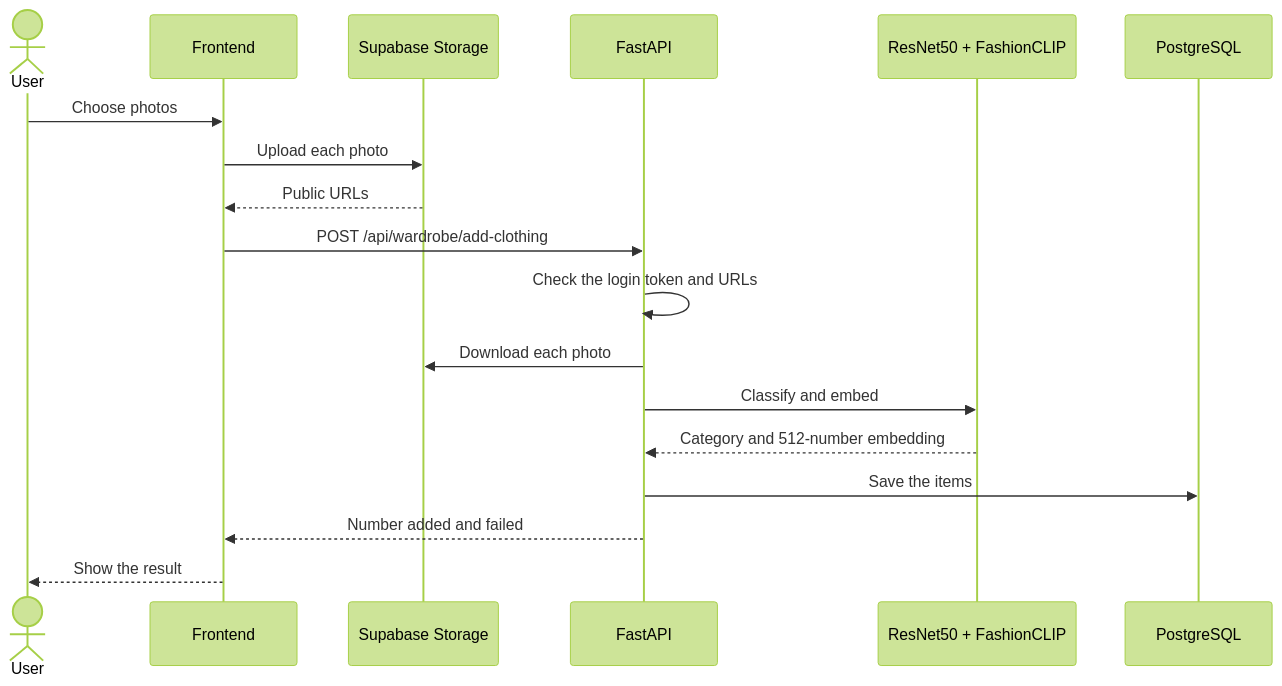
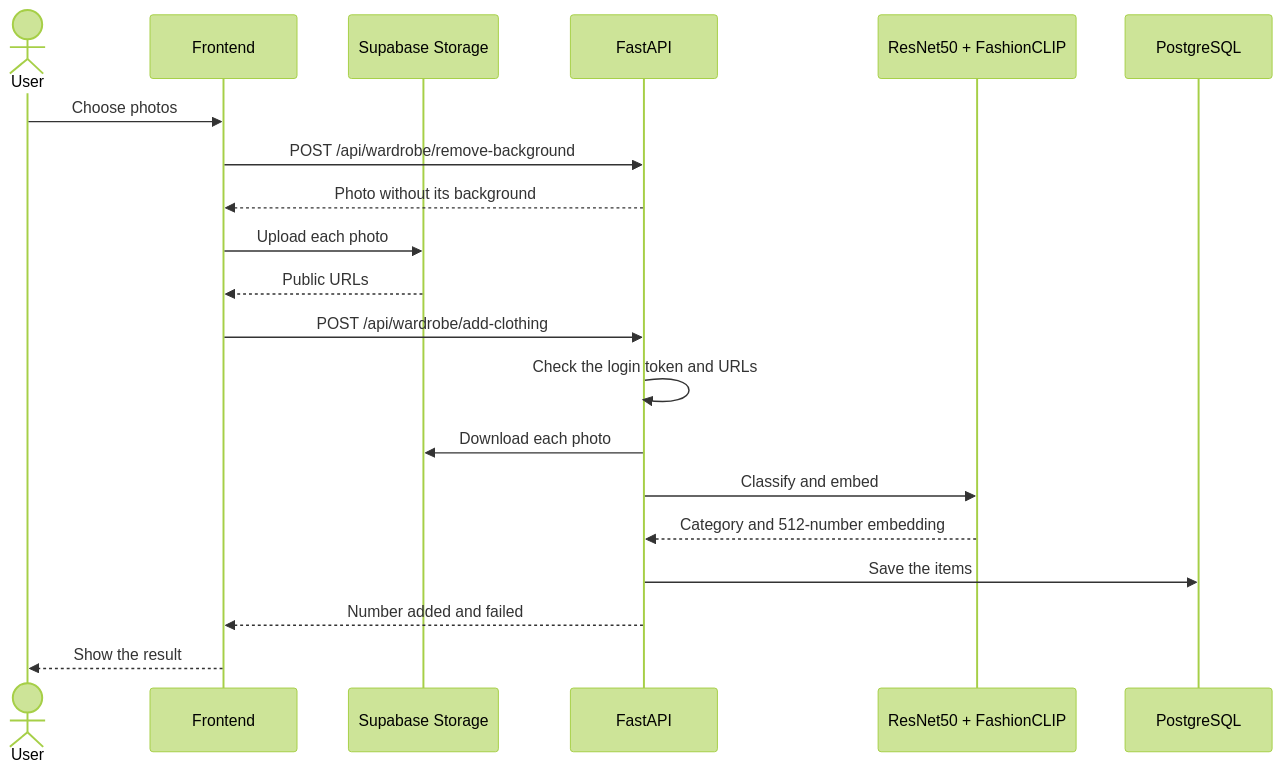
The second of 5 diagrams in README.md (nithinskumar866/style-matrix), drawn with Mermaid (forest theme) before and after one commit. The commit also changed other lines of this file and 7 other files, not shown here.

````diff
--- a/README.md
+++ b/README.md
@@ -116,21 +131,23 @@
 ```mermaid
 sequenceDiagram
     actor User
     participant FE as Frontend
     participant S as Supabase Storage
     participant API as FastAPI
     participant AI as ResNet50 + FashionCLIP
     participant DB as PostgreSQL
 
     User->>FE: Choose photos
+    FE->>API: POST /api/wardrobe/remove-background
+    API-->>FE: Photo without its background
     FE->>S: Upload each photo
     S-->>FE: Public URLs
     FE->>API: POST /api/wardrobe/add-clothing
     API->>API: Check the login token and URLs
     API->>S: Download each photo
     API->>AI: Classify and embed
     AI-->>API: Category and 512-number embedding
     API->>DB: Save the items
     API-->>FE: Number added and failed
     FE-->>User: Show the result
 ```
````
